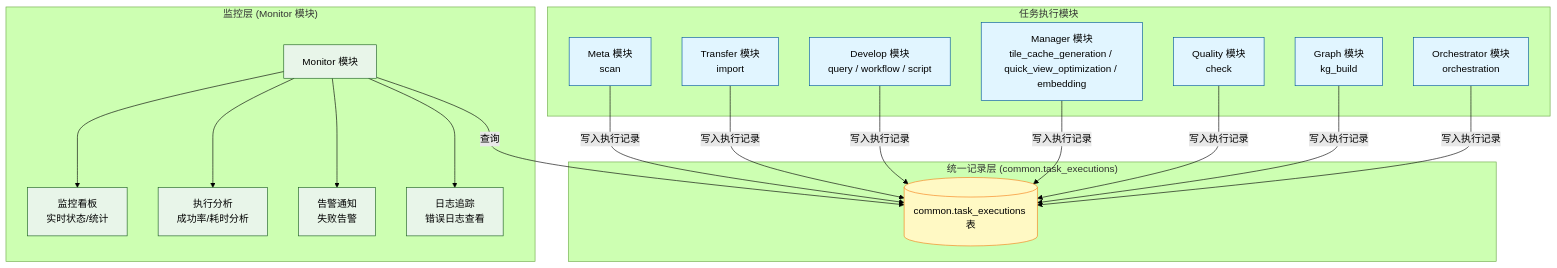
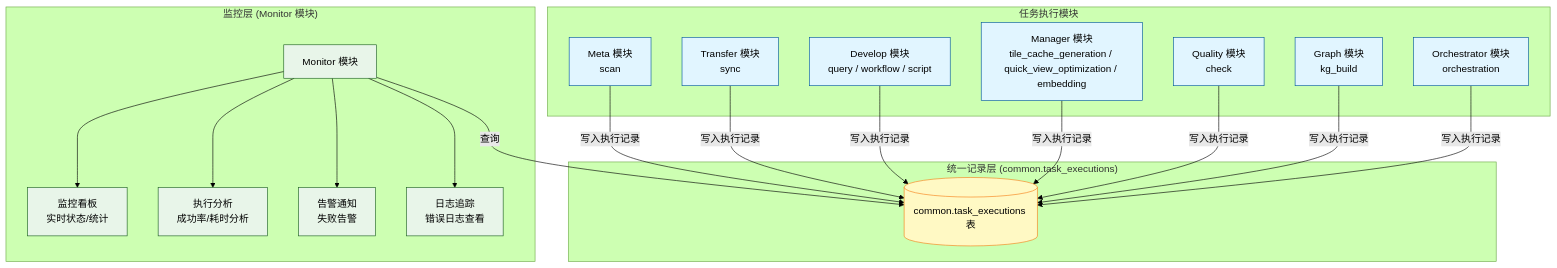
One commit to pampa0629/addp changed the first of 3 diagrams in docs/concepts/addp监控与执行体系图.md. Above: the diagram before and after it, drawn with Mermaid (forest theme). The commit also changed other lines of this file and 402 other files, not shown here.

````diff
--- a/docs/concepts/addp监控与执行体系图.md
+++ b/docs/concepts/addp监控与执行体系图.md
@@ -30,42 +30,42 @@
 ```mermaid
 graph TB
     subgraph "任务执行模块"
         Meta[Meta 模块<br/>scan]
-        Transfer[Transfer 模块<br/>import]
+        Transfer[Transfer 模块<br/>sync]
         Develop[Develop 模块<br/>query / workflow / script]
         Manager[Manager 模块<br/>tile_cache_generation / quick_view_optimization / embedding]
         Quality[Quality 模块<br/>check]
         Graph[Graph 模块<br/>kg_build]
         Orchestrator[Orchestrator 模块<br/>orchestration]
     end
 
     subgraph "统一记录层 (common.task_executions)"
         TaskExec[(common.task_executions 表)]
 
         Meta --> |写入执行记录| TaskExec
         Transfer --> |写入执行记录| TaskExec
         Develop --> |写入执行记录| TaskExec
         Manager --> |写入执行记录| TaskExec
         Quality --> |写入执行记录| TaskExec
         Graph --> |写入执行记录| TaskExec
         Orchestrator --> |写入执行记录| TaskExec
     end
 
     subgraph "监控层 (Monitor 模块)"
         Monitor[Monitor 模块]
 
         Monitor --> |查询| TaskExec
         Monitor --> Dashboard[监控看板<br/>实时状态/统计]
         Monitor --> Analysis[执行分析<br/>成功率/耗时分析]
         Monitor --> Alert[告警通知<br/>失败告警]
         Monitor --> Log[日志追踪<br/>错误日志查看]
     end
 
     classDef module fill:#e1f5ff,stroke:#01579b
     classDef storage fill:#fff9c4,stroke:#f57f17
     classDef monitor fill:#e8f5e9,stroke:#1b5e20
 
     class Meta,Transfer,Develop,Manager,Quality,Graph,Orchestrator module
     class TaskExec storage
     class Monitor,Dashboard,Analysis,Alert,Log monitor
 ```
````
